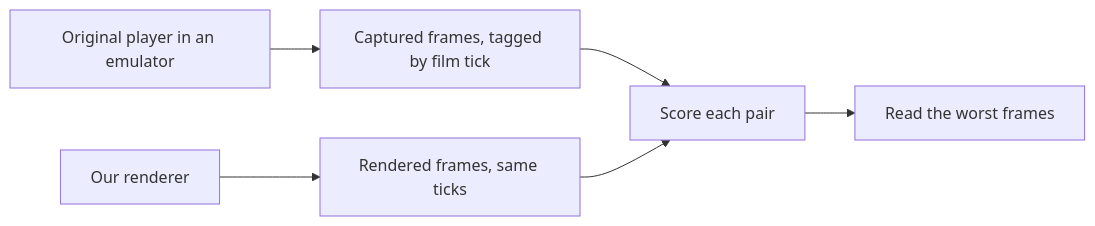
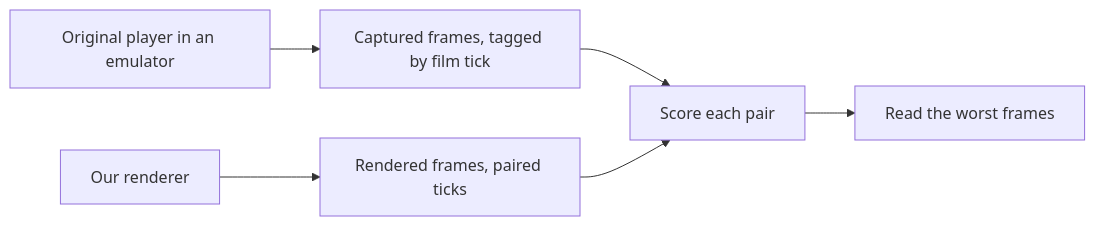
The diagram in site/guides/reconstruction.md (neilsh/stunt-reel), drawn with Mermaid before and after one commit. The commit also changed other lines of this file and 29 other files, not shown here.

````diff
--- a/site/guides/reconstruction.md
+++ b/site/guides/reconstruction.md
@@ -27,8 +27,8 @@
 ```mermaid
 flowchart LR
     A["Original player in an emulator"] --> B["Captured frames, tagged by film tick"]
-    C["Our renderer"] --> D["Rendered frames, same ticks"]
+    C["Our renderer"] --> D["Rendered frames, paired ticks"]
     B --> E["Score each pair"]
     D --> E
     E --> F["Read the worst frames"]
 ```
````
